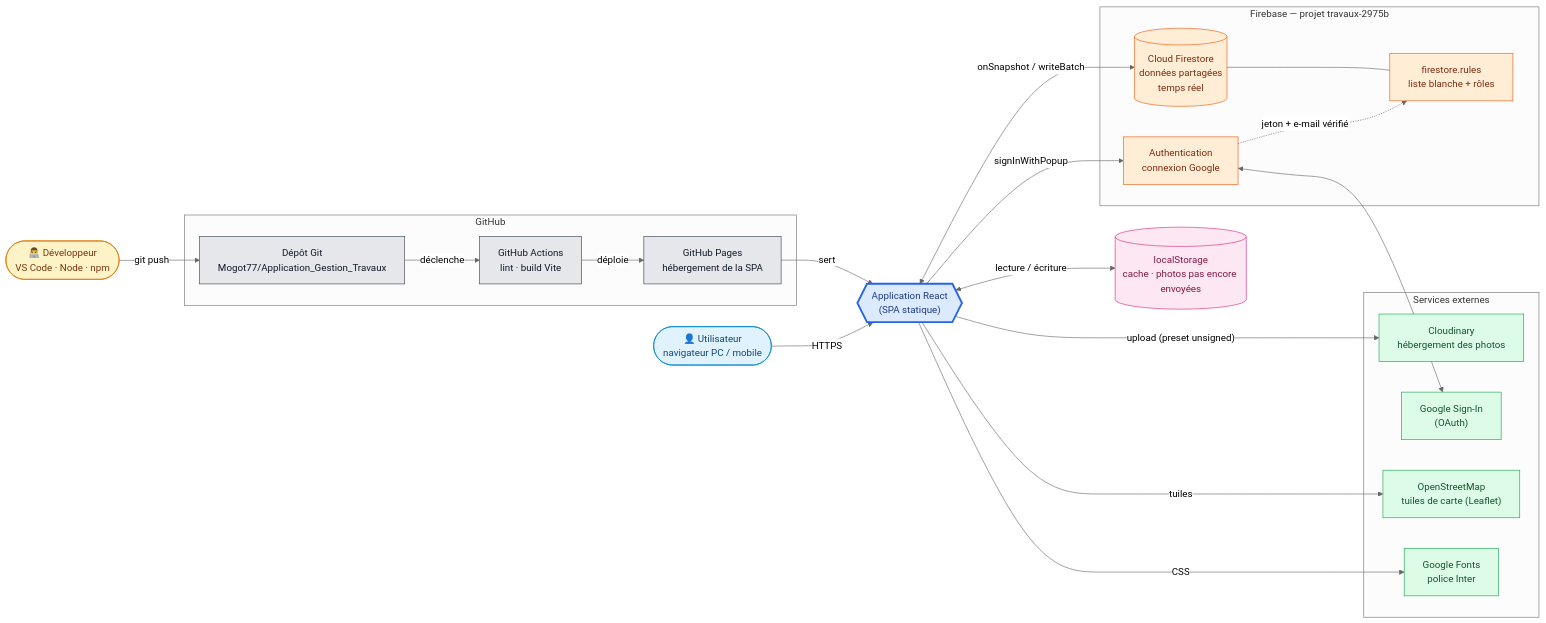
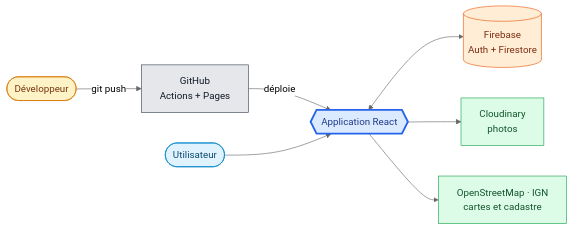
One commit to Mogot77/Application_Gestion_Travaux changed the second of 2 diagrams in README.md. Above: the diagram before and after it, drawn with Mermaid (neutral theme). The commit also changed other lines of this file, not shown here.

Commit message:
feat: add IGN cadastre overlay to maps and simplify README diagrams

````diff
--- a/README.md
+++ b/README.md
@@ -95,51 +57,24 @@
 ```mermaid
 flowchart LR
-    Dev(["👨‍💻 Développeur<br/>VS Code · Node · npm"]):::dev
-    User(["👤 Utilisateur<br/>navigateur PC / mobile"]):::user
+    Dev(["Développeur"]):::dev
+    User(["Utilisateur"]):::user
+    GH["GitHub<br/>Actions + Pages"]:::gh
+    SPA{{"Application React"}}:::app
+    FB[("Firebase<br/>Auth + Firestore")]:::fb
+    Cl["Cloudinary<br/>photos"]:::ext
+    Map["OpenStreetMap · IGN<br/>cartes et cadastre"]:::ext
 
-    subgraph GitHub["GitHub"]
-        Repo["Dépôt Git<br/>Mogot77/Application_Gestion_Travaux"]:::gh
-        Actions["GitHub Actions<br/>lint · build Vite"]:::gh
-        Pages["GitHub Pages<br/>hébergement de la SPA"]:::gh
-    end
-
-    SPA{{"Application React<br/>(SPA statique)"}}:::app
-
-    subgraph Firebase["Firebase — projet travaux-2975b"]
-        Auth["Authentication<br/>connexion Google"]:::fb
-        FS[("Cloud Firestore<br/>données partagées<br/>temps réel")]:::fb
-        Rules["firestore.rules<br/>liste blanche + rôles"]:::fb
-    end
-
-    subgraph Ext["Services externes"]
-        Cloud["Cloudinary<br/>hébergement des photos"]:::ext
-        Google["Google Sign-In<br/>(OAuth)"]:::ext
-        OSM["OpenStreetMap<br/>tuiles de carte (Leaflet)"]:::ext
-        Fonts["Google Fonts<br/>police Inter"]:::ext
-    end
-
-    LS[("localStorage<br/>cache · photos pas encore envoyées")]:::local
-
-    Dev -- "git push" --> Repo
-    Repo -- "déclenche" --> Actions
-    Actions -- "déploie" --> Pages
-    Pages -- "sert" --> SPA
-    User -- "HTTPS" --> SPA
-    SPA -- "signInWithPopup" --> Auth
-    Auth <--> Google
-    SPA <-- "onSnapshot / writeBatch" --> FS
-    FS --- Rules
-    Auth -. "jeton + e-mail vérifié" .-> Rules
-    SPA -- "upload (preset unsigned)" --> Cloud
-    SPA -- "tuiles" --> OSM
-    SPA -- "CSS" --> Fonts
-    SPA <-- "lecture / écriture" --> LS
+    Dev -- "git push" --> GH
+    GH -- "déploie" --> SPA
+    User --> SPA
+    SPA <--> FB
+    SPA --> Cl
+    SPA --> Map
 
     classDef dev fill:#fef3c7,stroke:#d97706,color:#78350f
     classDef user fill:#e0f2fe,stroke:#0284c7,color:#0c4a6e
     classDef gh fill:#e5e7eb,stroke:#374151,color:#111827
     classDef app fill:#dbeafe,stroke:#2563eb,color:#1e3a8a,stroke-width:3px
     classDef fb fill:#ffedd5,stroke:#ea580c,color:#7c2d12
     classDef ext fill:#dcfce7,stroke:#16a34a,color:#14532d
-    classDef local fill:#fce7f3,stroke:#db2777,color:#831843
 ```
````
